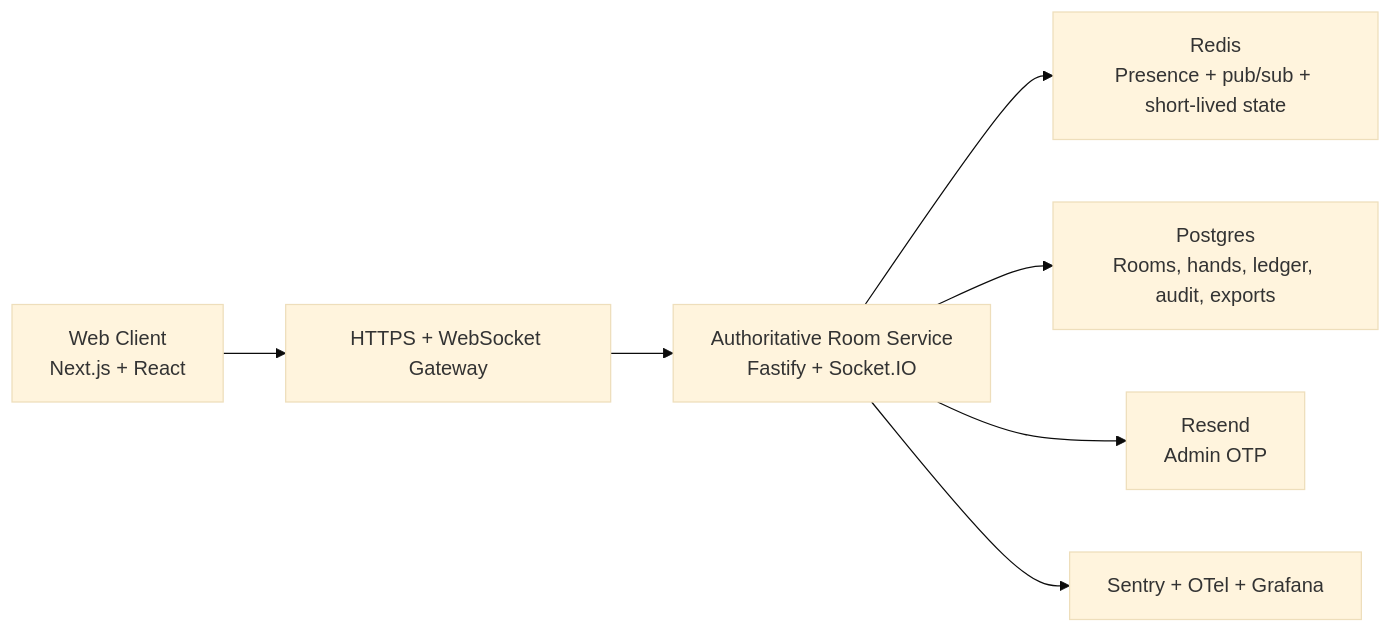
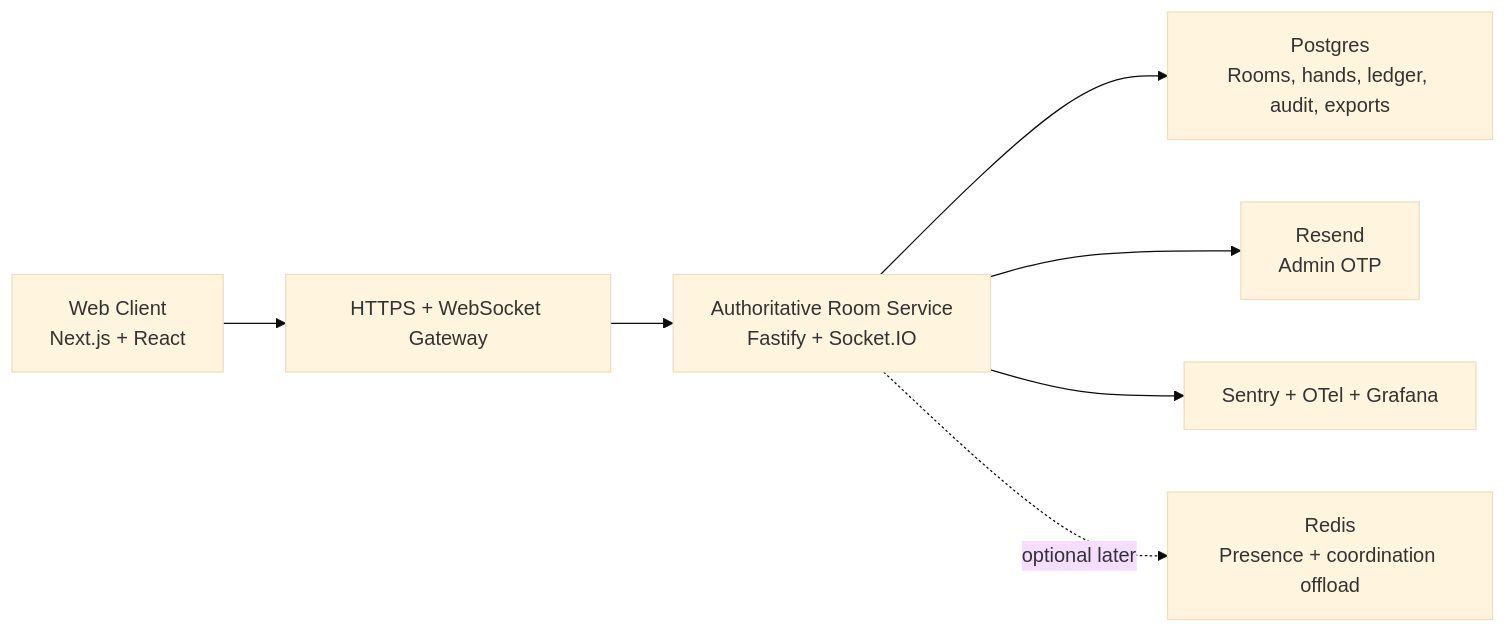
One commit to tyagishubham177/PotLuck changed the diagram in docs/02-architecture/system-overview.md. Above: the diagram before and after it, drawn with Mermaid (base theme). The commit also changed other lines of this file and 36 other files, not shown here.

````diff
--- a/docs/02-architecture/system-overview.md
+++ b/docs/02-architecture/system-overview.md
@@ -10,9 +10,9 @@
 ```mermaid
 flowchart LR
   Browser["Web Client\nNext.js + React"] --> Edge["HTTPS + WebSocket Gateway"]
   Edge --> Server["Authoritative Room Service\nFastify + Socket.IO"]
-  Server --> Redis["Redis\nPresence + pub/sub + short-lived state"]
   Server --> Postgres["Postgres\nRooms, hands, ledger, audit, exports"]
   Server --> Mail["Resend\nAdmin OTP"]
   Server --> Obs["Sentry + OTel + Grafana"]
+  Server -. optional later .-> Redis["Redis\nPresence + coordination offload"]
 ```
````
